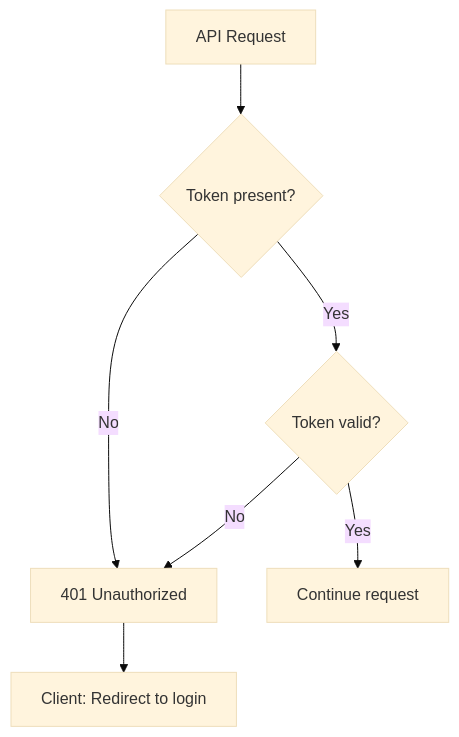
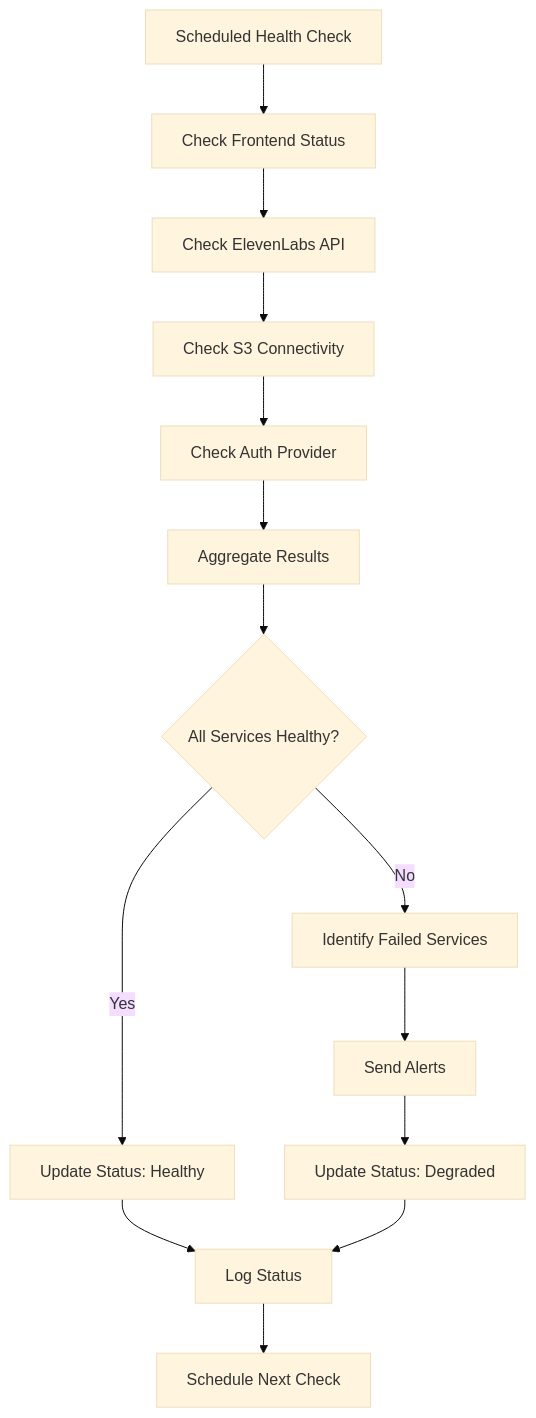
Diagram 14 of 15 in .sop/summary/workflows.md (getOffIt/spellingWebsite), drawn with Mermaid (base theme) before and after one commit. The commit also changed other lines of this file and 17 other files, not shown here.

````diff
--- a/.sop/summary/workflows.md
+++ b/.sop/summary/workflows.md
@@ -227,9 +324,16 @@
 ```mermaid
 flowchart TD
-    A[API Request] --> B{Token present?}
-    B -->|No| C[401 Unauthorized]
-    B -->|Yes| D{Token valid?}
-    D -->|No| C
-    D -->|Yes| E[Continue request]
-    C --> F[Client: Redirect to login]
+    A[Scheduled Health Check] --> B[Check Frontend Status]
+    B --> C[Check ElevenLabs API]
+    C --> D[Check S3 Connectivity]
+    D --> E[Check Auth Provider]
+    E --> F[Aggregate Results]
+    F --> G{All Services Healthy?}
+    G -->|Yes| H[Update Status: Healthy]
+    G -->|No| I[Identify Failed Services]
+    I --> J[Send Alerts]
+    J --> K[Update Status: Degraded]
+    H --> L[Log Status]
+    K --> L
+    L --> M[Schedule Next Check]
 ```
````
